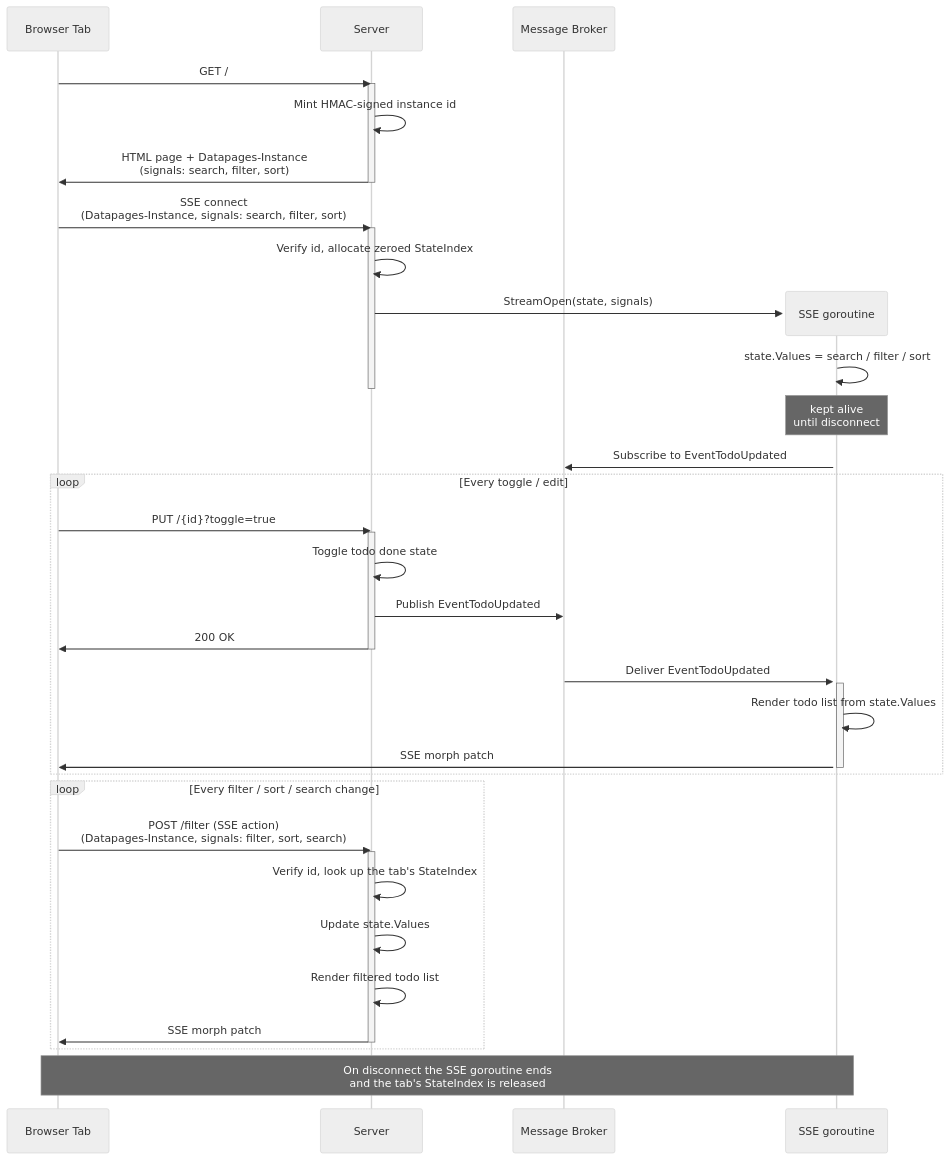
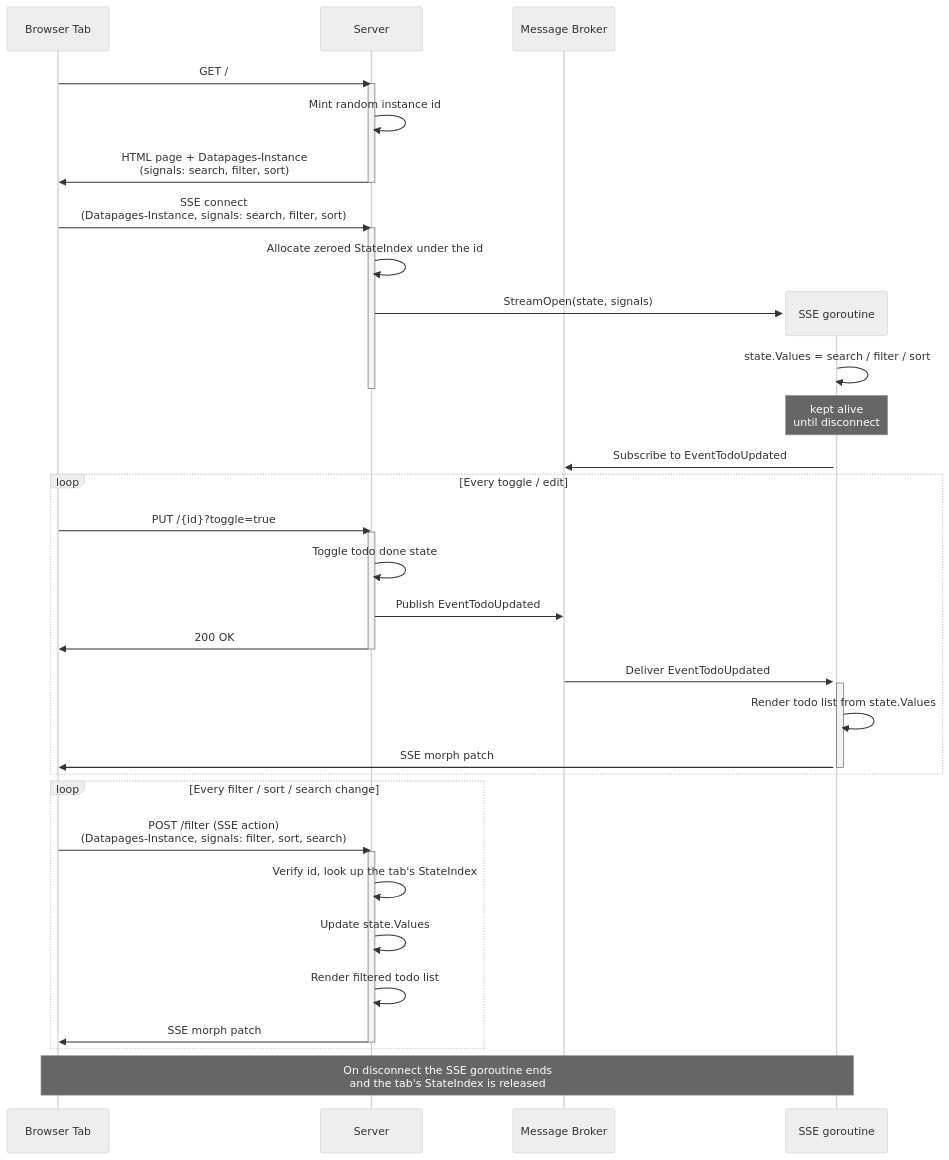
Before and after one commit to romshark/datapages: the diagram in example/todolist/README.md, drawn with Mermaid (neutral theme). The commit also changed other lines of this file and 30 other files, not shown here.

````diff
--- a/example/todolist/README.md
+++ b/example/todolist/README.md
@@ -61,50 +58,50 @@
 ```mermaid
 sequenceDiagram
     participant B as Browser Tab
     participant S as Server
     participant N as Message Broker
 
     B->>S: GET /
     activate S
-    S->>S: Mint HMAC-signed instance id
+    S->>S: Mint random instance id
     S->>B: HTML page + Datapages-Instance<br/>(signals: search, filter, sort)
     deactivate S
 
     B->>S: SSE connect<br/>(Datapages-Instance, signals: search, filter, sort)
     activate S
-    S->>S: Verify id, allocate zeroed StateIndex
+    S->>S: Allocate zeroed StateIndex under the id
     create participant SS as SSE goroutine
     S->>SS: StreamOpen(state, signals)
     SS->>SS: state.Values = search / filter / sort
     deactivate S
     activate SS
     Note over SS: kept alive<br/>until disconnect
     SS->>N: Subscribe to EventTodoUpdated
 
     loop Every toggle / edit
     B->>S: PUT /{id}?toggle=true
     activate S
     S->>S: Toggle todo done state
     S->>N: Publish EventTodoUpdated
     S->>B: 200 OK
     deactivate S
 
     N->>SS: Deliver EventTodoUpdated
     activate SS
     SS->>SS: Render todo list from state.Values
     SS->>B: SSE morph patch #todo-list
     deactivate SS
     end
 
     loop Every filter / sort / search change
     B->>S: POST /filter (SSE action)<br/>(Datapages-Instance, signals: filter, sort, search)
     activate S
     S->>S: Verify id, look up the tab's StateIndex
     S->>S: Update state.Values
     S->>S: Render filtered todo list
     S->>B: SSE morph patch #todo-list
     deactivate S
     end
 
     Note over B,SS: On disconnect the SSE goroutine ends<br/>and the tab's StateIndex is released
 ```
````
